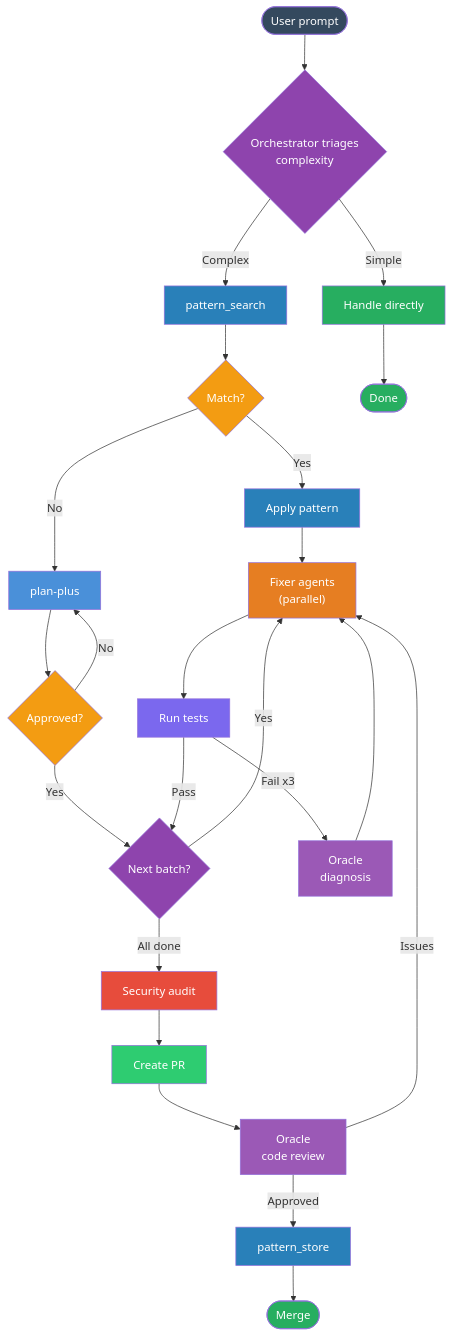
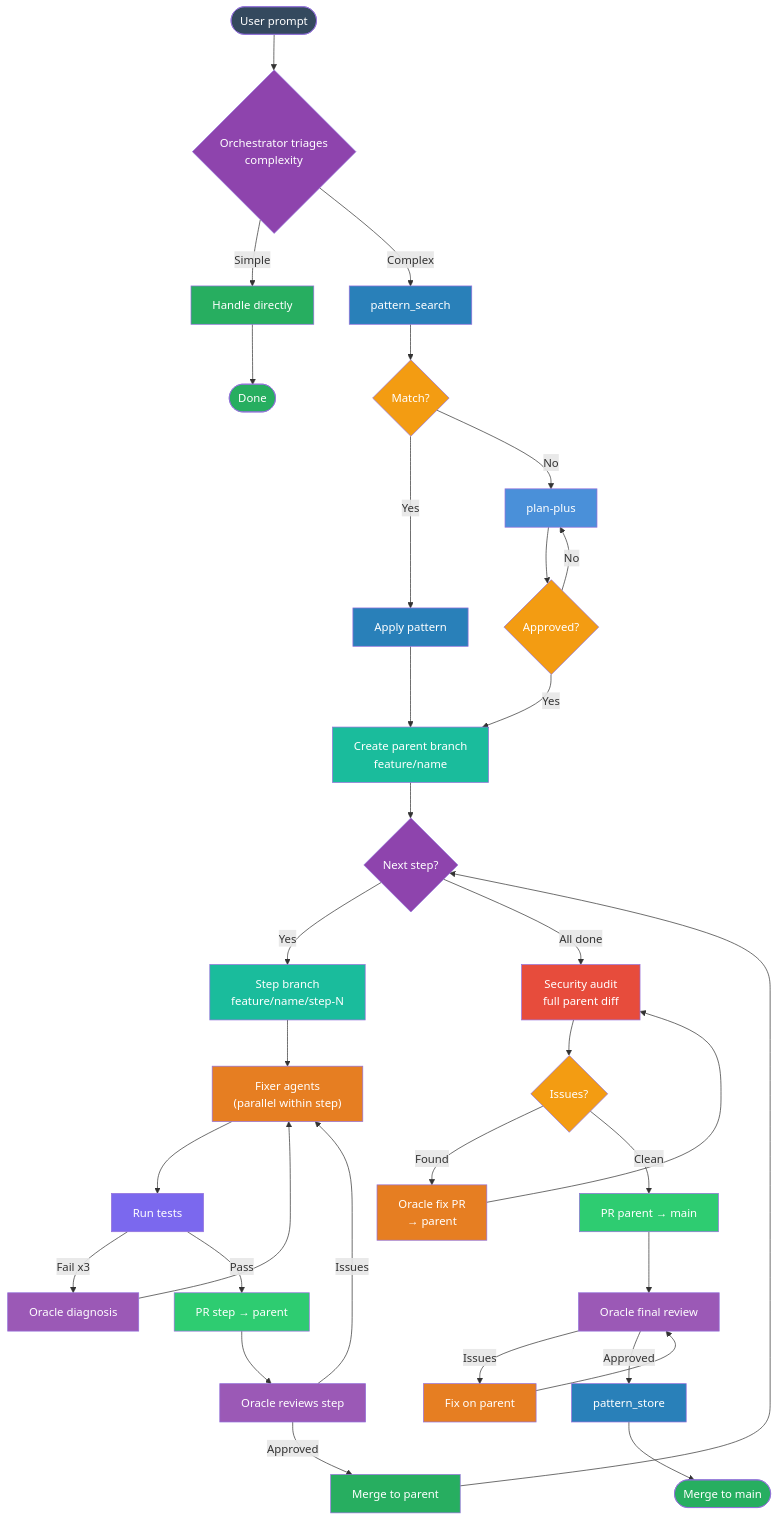
The diagram in README.md (helmiatwork/lean-flow), drawn with Mermaid before and after one commit. The commit also changed other lines of this file and 1 other file, not shown here.

Commit message:
feat: hierarchical branching strategy — parent branch per plan, step PRs into parent
- Parent branch (feature/name) per plan, step branches (feature/name/step-N)
- Step PRs merge into parent, not main
- Security audit once on full parent diff after all steps complete
- Oracle fixes audit issues via PR into parent, orchestrator reviews as PM
- Final PR: parent → main with oracle review
- Updated workflow, mermaid, README, and CLAUDE.md rules

````diff
--- a/README.md
+++ b/README.md
@@ -93,60 +93,82 @@
 ```mermaid
 flowchart TD
     USER(["User prompt"]) --> TRIAGE
 
     TRIAGE{"Orchestrator triages\ncomplexity"}
     TRIAGE -->|"Simple"| DIRECT["Handle directly"]
     TRIAGE -->|"Complex"| MEMORY
 
     MEMORY["pattern_search"] --> FOUND
 
     FOUND{"Match?"}
     FOUND -->|"Yes"| ADAPT["Apply pattern"]
     FOUND -->|"No"| PP
 
-    ADAPT --> FIX
+    ADAPT --> BRANCH
     DIRECT --> DONE(["Done"])
 
     PP["plan-plus"] --> REVIEW
 
     REVIEW{"Approved?"}
     REVIEW -->|"No"| PP
-    REVIEW -->|"Yes"| STEP
+    REVIEW -->|"Yes"| BRANCH
 
-    STEP{"Next batch?"}
-    STEP -->|"Yes"| FIX
+    BRANCH["Create parent branch\nfeature/name"] --> STEP
+
+    STEP{"Next step?"}
+    STEP -->|"Yes"| STEPBR["Step branch\nfeature/name/step-N"]
     STEP -->|"All done"| AUDIT
 
-    FIX["Fixer agents\n(parallel)"] --> TEST
+    STEPBR --> FIX["Fixer agents\n(parallel within step)"]
+    FIX --> TEST["Run tests"]
+    TEST -->|"Fail x3"| ORACLE_ESC["Oracle diagnosis"]
+    ORACLE_ESC --> FIX
+    TEST -->|"Pass"| STEPPR["PR step → parent"]
 
-    TEST["Run tests"]
-    TEST -->|"Fail x3"| ORACLE["Oracle\ndiagnosis"]
-    ORACLE --> FIX
-    TEST -->|"Pass"| STEP
+    STEPPR --> STEPREV["Oracle reviews step"]
+    STEPREV -->|"Issues"| FIX
+    STEPREV -->|"Approved"| MERGE_STEP["Merge to parent"]
+    MERGE_STEP --> STEP
 
-    AUDIT["Security audit"] --> PR
-    PR["Create PR"] --> REVIEW_PR["Oracle\ncode review"]
-    REVIEW_PR -->|"Issues"| FIX
-    REVIEW_PR -->|"Approved"| LEARN
+    AUDIT["Security audit\nfull parent diff"] --> CLEAN
 
-    LEARN["pattern_store"] --> MERGE(["Merge"])
+    CLEAN{"Issues?"}
+    CLEAN -->|"Found"| FIXAUDIT["Oracle fix PR\n→ parent"]
+    CLEAN -->|"Clean"| MAINPR
+
+    FIXAUDIT --> AUDIT
+
+    MAINPR["PR parent → main"] --> FINAL["Oracle final review"]
+    FINAL -->|"Issues"| FIXFINAL["Fix on parent"]
+    FINAL -->|"Approved"| LEARN
+
+    FIXFINAL --> FINAL
+    LEARN["pattern_store"] --> MERGE(["Merge to main"])
 
     style USER fill:#34495E,color:#fff
     style TRIAGE fill:#8E44AD,color:#fff
     style MEMORY fill:#2980B9,color:#fff
     style FOUND fill:#F39C12,color:#fff
     style ADAPT fill:#2980B9,color:#fff
     style DIRECT fill:#27AE60,color:#fff
     style PP fill:#4A90D9,color:#fff
     style REVIEW fill:#F39C12,color:#fff
+    style BRANCH fill:#1ABC9C,color:#fff
+    style STEP fill:#8E44AD,color:#fff
+    style STEPBR fill:#1ABC9C,color:#fff
     style FIX fill:#E67E22,color:#fff
+    style FIXAUDIT fill:#E67E22,color:#fff
+    style FIXFINAL fill:#E67E22,color:#fff
     style TEST fill:#7B68EE,color:#fff
     style AUDIT fill:#E74C3C,color:#fff
-    style PR fill:#2ECC71,color:#fff
-    style REVIEW_PR fill:#9B59B6,color:#fff
-    style ORACLE fill:#9B59B6,color:#fff
+    style MAINPR fill:#2ECC71,color:#fff
+    style ORACLE_ESC fill:#9B59B6,color:#fff
+    style FINAL fill:#9B59B6,color:#fff
+    style STEPPR fill:#2ECC71,color:#fff
+    style STEPREV fill:#9B59B6,color:#fff
+    style MERGE_STEP fill:#27AE60,color:#fff
     style LEARN fill:#2980B9,color:#fff
     style MERGE fill:#27AE60,color:#fff
     style DONE fill:#27AE60,color:#fff
-    style STEP fill:#8E44AD,color:#fff
+    style CLEAN fill:#F39C12,color:#fff
 ```
````
